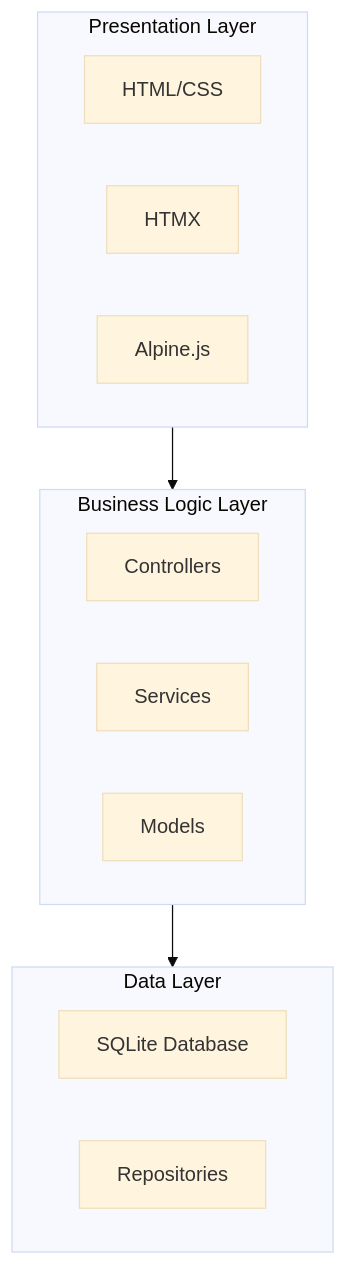
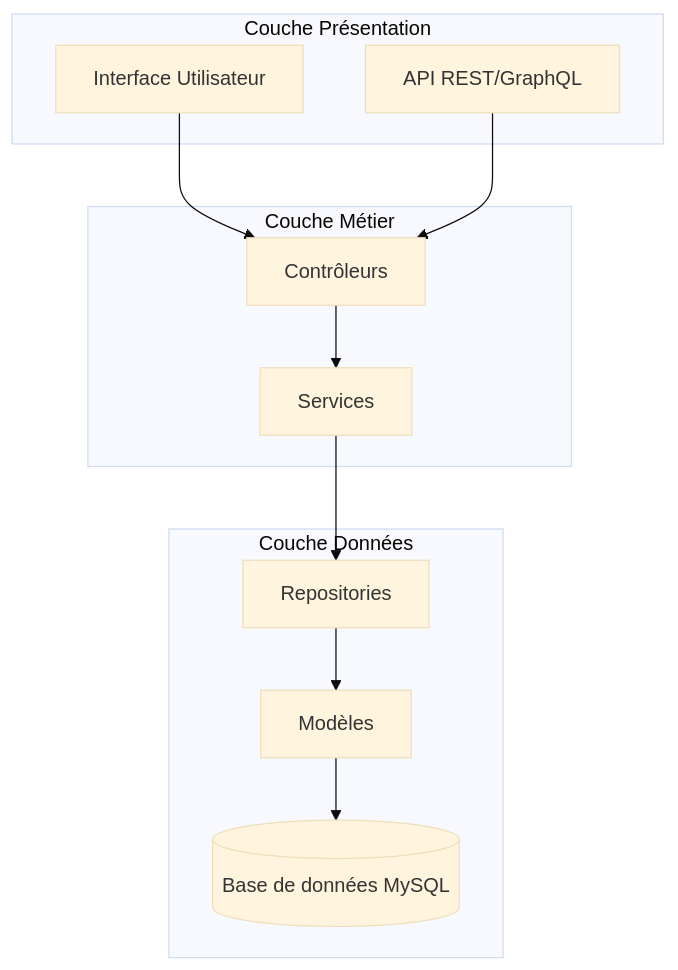
Before and after one commit to workmusicalflow/phone-numbers-seg: the first of 4 diagrams in memory-bank/systemPatterns.md, drawn with Mermaid (base theme). The commit also changed other lines of this file and 316 other files, not shown here.

````diff
--- a/memory-bank/systemPatterns.md
+++ b/memory-bank/systemPatterns.md
@@ -11,22 +7,25 @@
 ```mermaid
 flowchart TD
-    subgraph Presentation["Presentation Layer"]
-        UI[HTML/CSS]
-        HTMX[HTMX]
-        Alpine[Alpine.js]
+    subgraph "Couche Présentation"
+        UI[Interface Utilisateur]
+        API[API REST/GraphQL]
     end
 
-    subgraph Business["Business Logic Layer"]
-        Controllers[Controllers]
+    subgraph "Couche Métier"
         Services[Services]
-        Models[Models]
+        Controllers[Contrôleurs]
     end
 
-    subgraph Data["Data Layer"]
-        DB[SQLite Database]
+    subgraph "Couche Données"
+        Models[Modèles]
         Repositories[Repositories]
+        DB[(Base de données MySQL)]
     end
 
-    Presentation --> Business
-    Business --> Data
+    UI --> Controllers
+    API --> Controllers
+    Controllers --> Services
+    Services --> Repositories
+    Repositories --> Models
+    Models --> DB
 ```
````
